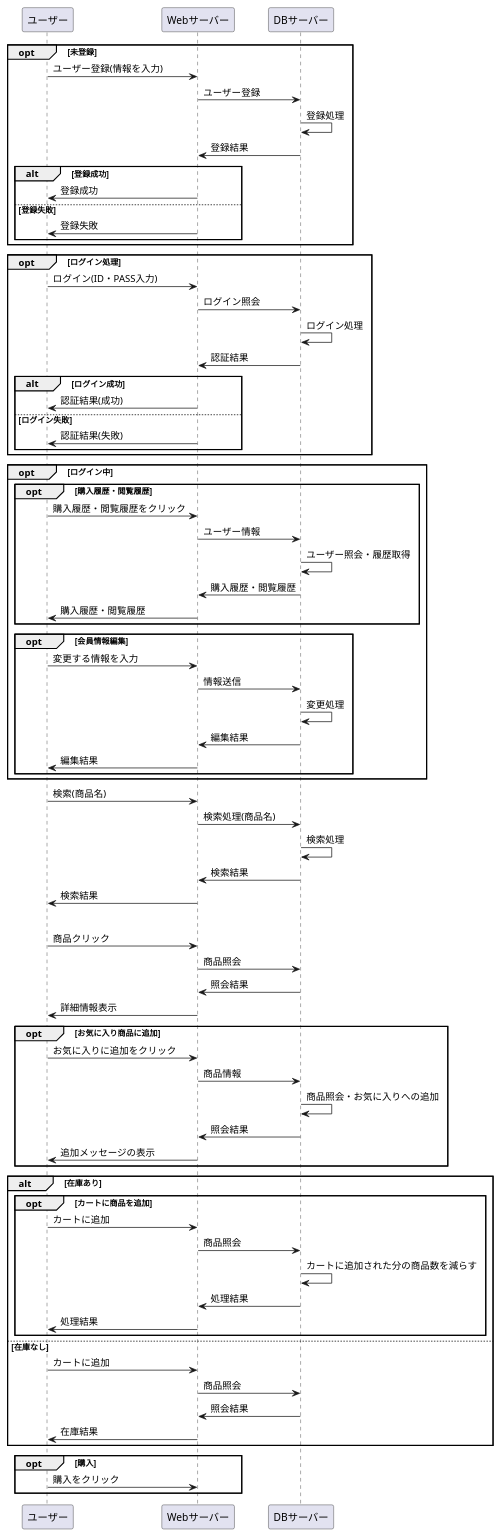
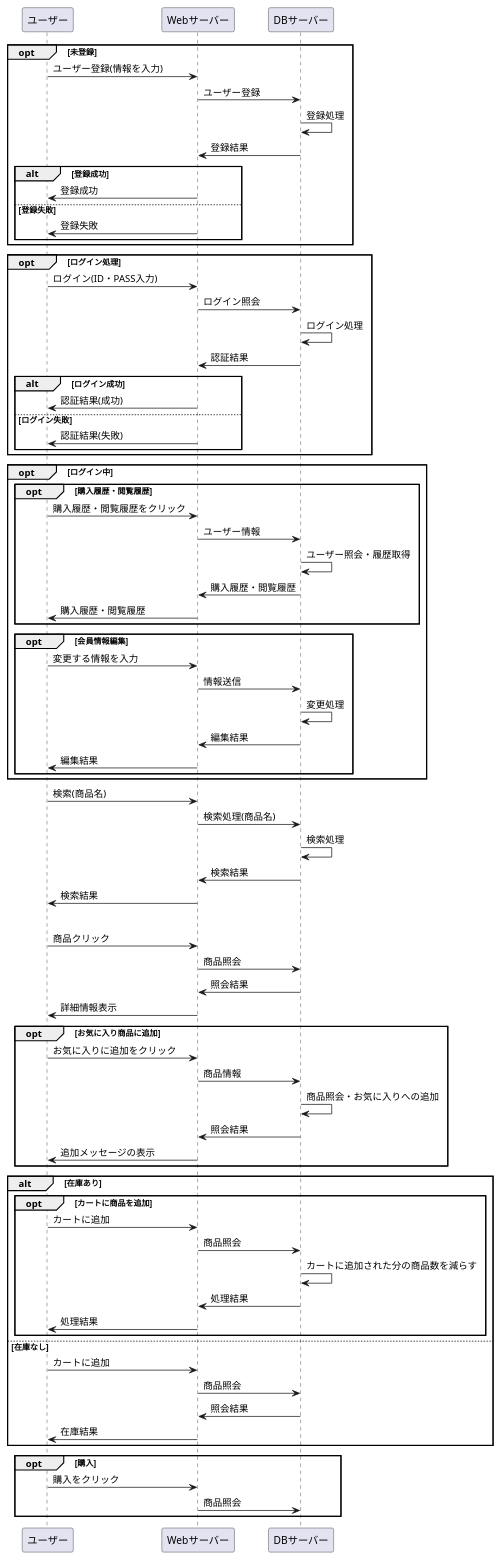
Before and after one commit to Aso2001163/2021sys-design-2: the diagram in システム開発/業務フロー/業務フロー.md, drawn with PlantUML.

````diff
--- a/システム開発/業務フロー/業務フロー.md
+++ b/システム開発/業務フロー/業務フロー.md
@@ -84,6 +84,7 @@
 
 opt 購入
 ユーザー -> Webサーバー : 購入をクリック
+Webサーバー -> DBサーバー : 商品照会
 end
 @enduml
 ```
````
